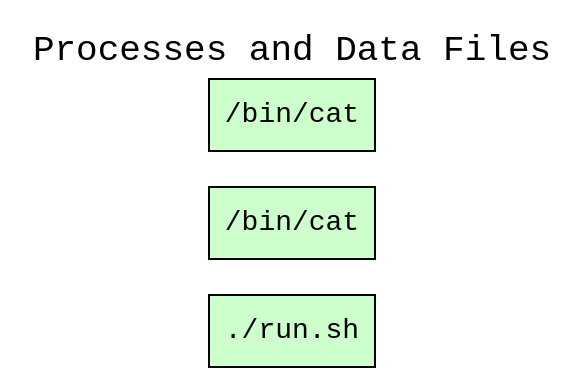
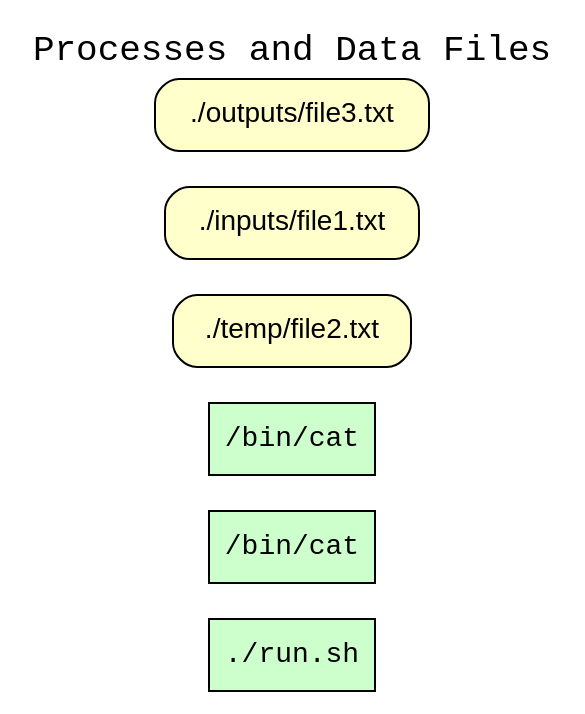
The diagram in examples/07-two-step-pipeline/graphs/wt_processes_and_data_files.dot (CIRSS/cpr), drawn with Graphviz before and after one commit. The commit also changed 10 other files, not shown here.

Commit message:
New graph now includes data file nodes.

```diff
--- a/examples/07-two-step-pipeline/graphs/wt_processes_and_data_files.dot
+++ b/examples/07-two-step-pipeline/graphs/wt_processes_and_data_files.dot
@@ -1,11 +1,15 @@
 
 digraph wt_run {
 rankdir=LR
 fontname=Courier; fontsize=18; labelloc=t
 label="Processes and Data Files"
 node[shape=box style="filled" fillcolor="#CCFFCC" peripheries=1 fontname=Courier]
 "exe:e1" [label="./run.sh"]
 "exe:e2" [label="/bin/cat"]
 "exe:e3" [label="/bin/cat"]
 node[shape=box style="rounded,filled" fillcolor="#FFFFCC" peripheries=1 fontname=Helvetica]
+"access:i11" [label="./temp/file2.txt"]
+"access:i19" [label="./inputs/file1.txt"]
+"access:i20" [label="./outputs/file3.txt"]
+"access:i11" [label="./temp/file2.txt"]
 }
```
